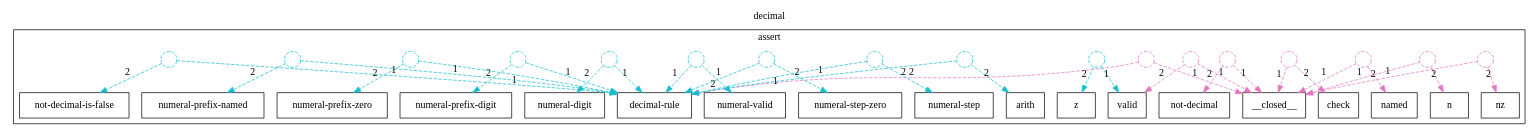
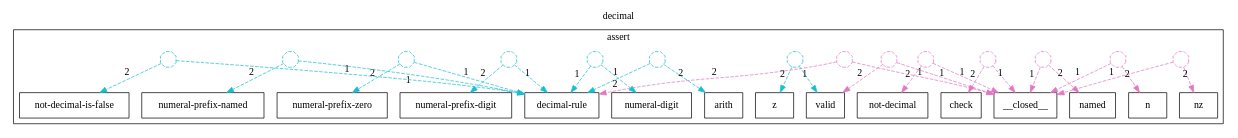
One commit to agutikov/ein changed the diagram in docs/ein/user/04-reference/04-stdlib/diagrams/09-std.math.decimal.decimal.dot. Above: the diagram before and after it, drawn with Graphviz. The commit also changed 347 other files, not shown here.

```diff
--- a/docs/ein/user/04-reference/04-stdlib/diagrams/09-std.math.decimal.decimal.dot
+++ b/docs/ein/user/04-reference/04-stdlib/diagrams/09-std.math.decimal.decimal.dot
@@ -1,77 +1,65 @@
 digraph rule_decimal_lhs_rhs {
   rankdir=TB;
   label="decimal"; labelloc=t;
   subgraph cluster_lhs { label="match";
   }
   subgraph cluster_rhs { label="assert";
     "__closed___R" [label="__closed__", shape=box];
     "nz_R" [label="nz", shape=box];
     "n_R" [label="n", shape=box];
     "named_R" [label="named", shape=box];
     "check_R" [label="check", shape=box];
     "valid_R" [label="valid", shape=box];
     "not-decimal_R" [label="not-decimal", shape=box];
     "decimal-rule_R" [label="decimal-rule", shape=box];
     "z_R" [label="z", shape=box];
     "arith_R" [label="arith", shape=box];
-    "numeral-step_R" [label="numeral-step", shape=box];
-    "numeral-step-zero_R" [label="numeral-step-zero", shape=box];
-    "numeral-valid_R" [label="numeral-valid", shape=box];
     "numeral-digit_R" [label="numeral-digit", shape=box];
     "numeral-prefix-digit_R" [label="numeral-prefix-digit", shape=box];
     "numeral-prefix-zero_R" [label="numeral-prefix-zero", shape=box];
     "numeral-prefix-named_R" [label="numeral-prefix-named", shape=box];
     "not-decimal-is-false_R" [label="not-decimal-is-false", shape=box];
     "h1___closed___R" [shape=octagon, label="", width=0.3, height=0.3, fixedsize=true, color="#e377c2", style=dashed];
     "h1___closed___R" -> "__closed___R" [xlabel="1", color="#e377c2", style=dashed];
     "h1___closed___R" -> "nz_R" [xlabel="2", color="#e377c2", style=dashed];
     "h2___closed___R" [shape=octagon, label="", width=0.3, height=0.3, fixedsize=true, color="#e377c2", style=dashed];
     "h2___closed___R" -> "__closed___R" [xlabel="1", color="#e377c2", style=dashed];
     "h2___closed___R" -> "n_R" [xlabel="2", color="#e377c2", style=dashed];
     "h3___closed___R" [shape=octagon, label="", width=0.3, height=0.3, fixedsize=true, color="#e377c2", style=dashed];
     "h3___closed___R" -> "__closed___R" [xlabel="1", color="#e377c2", style=dashed];
     "h3___closed___R" -> "named_R" [xlabel="2", color="#e377c2", style=dashed];
     "h4___closed___R" [shape=octagon, label="", width=0.3, height=0.3, fixedsize=true, color="#e377c2", style=dashed];
     "h4___closed___R" -> "__closed___R" [xlabel="1", color="#e377c2", style=dashed];
     "h4___closed___R" -> "check_R" [xlabel="2", color="#e377c2", style=dashed];
     "h5___closed___R" [shape=octagon, label="", width=0.3, height=0.3, fixedsize=true, color="#e377c2", style=dashed];
     "h5___closed___R" -> "__closed___R" [xlabel="1", color="#e377c2", style=dashed];
     "h5___closed___R" -> "valid_R" [xlabel="2", color="#e377c2", style=dashed];
     "h6___closed___R" [shape=octagon, label="", width=0.3, height=0.3, fixedsize=true, color="#e377c2", style=dashed];
     "h6___closed___R" -> "__closed___R" [xlabel="1", color="#e377c2", style=dashed];
     "h6___closed___R" -> "not-decimal_R" [xlabel="2", color="#e377c2", style=dashed];
     "h7___closed___R" [shape=octagon, label="", width=0.3, height=0.3, fixedsize=true, color="#e377c2", style=dashed];
     "h7___closed___R" -> "__closed___R" [xlabel="1", color="#e377c2", style=dashed];
     "h7___closed___R" -> "decimal-rule_R" [xlabel="2", color="#e377c2", style=dashed];
     "h8_valid_R" [shape=octagon, label="", width=0.3, height=0.3, fixedsize=true, color="#17becf", style=dashed];
     "h8_valid_R" -> "valid_R" [xlabel="1", color="#17becf", style=dashed];
     "h8_valid_R" -> "z_R" [xlabel="2", color="#17becf", style=dashed];
     "h9_decimal-rule_R" [shape=octagon, label="", width=0.3, height=0.3, fixedsize=true, color="#17becf", style=dashed];
     "h9_decimal-rule_R" -> "decimal-rule_R" [xlabel="1", color="#17becf", style=dashed];
     "h9_decimal-rule_R" -> "arith_R" [xlabel="2", color="#17becf", style=dashed];
     "h10_decimal-rule_R" [shape=octagon, label="", width=0.3, height=0.3, fixedsize=true, color="#17becf", style=dashed];
     "h10_decimal-rule_R" -> "decimal-rule_R" [xlabel="1", color="#17becf", style=dashed];
-    "h10_decimal-rule_R" -> "numeral-step_R" [xlabel="2", color="#17becf", style=dashed];
+    "h10_decimal-rule_R" -> "numeral-digit_R" [xlabel="2", color="#17becf", style=dashed];
     "h11_decimal-rule_R" [shape=octagon, label="", width=0.3, height=0.3, fixedsize=true, color="#17becf", style=dashed];
     "h11_decimal-rule_R" -> "decimal-rule_R" [xlabel="1", color="#17becf", style=dashed];
-    "h11_decimal-rule_R" -> "numeral-step-zero_R" [xlabel="2", color="#17becf", style=dashed];
+    "h11_decimal-rule_R" -> "numeral-prefix-digit_R" [xlabel="2", color="#17becf", style=dashed];
     "h12_decimal-rule_R" [shape=octagon, label="", width=0.3, height=0.3, fixedsize=true, color="#17becf", style=dashed];
     "h12_decimal-rule_R" -> "decimal-rule_R" [xlabel="1", color="#17becf", style=dashed];
-    "h12_decimal-rule_R" -> "numeral-valid_R" [xlabel="2", color="#17becf", style=dashed];
+    "h12_decimal-rule_R" -> "numeral-prefix-zero_R" [xlabel="2", color="#17becf", style=dashed];
     "h13_decimal-rule_R" [shape=octagon, label="", width=0.3, height=0.3, fixedsize=true, color="#17becf", style=dashed];
     "h13_decimal-rule_R" -> "decimal-rule_R" [xlabel="1", color="#17becf", style=dashed];
-    "h13_decimal-rule_R" -> "numeral-digit_R" [xlabel="2", color="#17becf", style=dashed];
+    "h13_decimal-rule_R" -> "numeral-prefix-named_R" [xlabel="2", color="#17becf", style=dashed];
     "h14_decimal-rule_R" [shape=octagon, label="", width=0.3, height=0.3, fixedsize=true, color="#17becf", style=dashed];
     "h14_decimal-rule_R" -> "decimal-rule_R" [xlabel="1", color="#17becf", style=dashed];
-    "h14_decimal-rule_R" -> "numeral-prefix-digit_R" [xlabel="2", color="#17becf", style=dashed];
-    "h15_decimal-rule_R" [shape=octagon, label="", width=0.3, height=0.3, fixedsize=true, color="#17becf", style=dashed];
-    "h15_decimal-rule_R" -> "decimal-rule_R" [xlabel="1", color="#17becf", style=dashed];
-    "h15_decimal-rule_R" -> "numeral-prefix-zero_R" [xlabel="2", color="#17becf", style=dashed];
-    "h16_decimal-rule_R" [shape=octagon, label="", width=0.3, height=0.3, fixedsize=true, color="#17becf", style=dashed];
-    "h16_decimal-rule_R" -> "decimal-rule_R" [xlabel="1", color="#17becf", style=dashed];
-    "h16_decimal-rule_R" -> "numeral-prefix-named_R" [xlabel="2", color="#17becf", style=dashed];
-    "h17_decimal-rule_R" [shape=octagon, label="", width=0.3, height=0.3, fixedsize=true, color="#17becf", style=dashed];
-    "h17_decimal-rule_R" -> "decimal-rule_R" [xlabel="1", color="#17becf", style=dashed];
-    "h17_decimal-rule_R" -> "not-decimal-is-false_R" [xlabel="2", color="#17becf", style=dashed];
+    "h14_decimal-rule_R" -> "not-decimal-is-false_R" [xlabel="2", color="#17becf", style=dashed];
   }
 }
```
